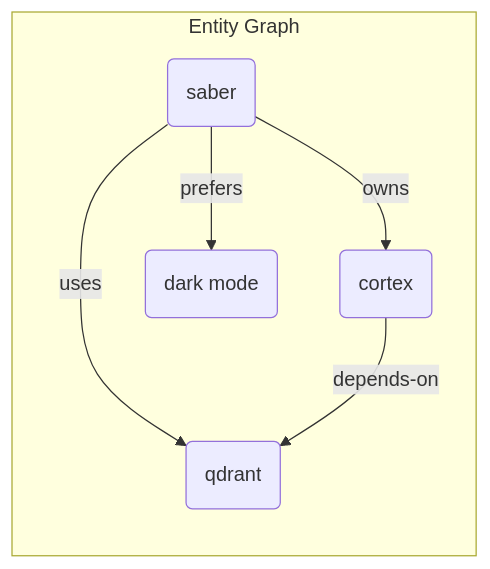
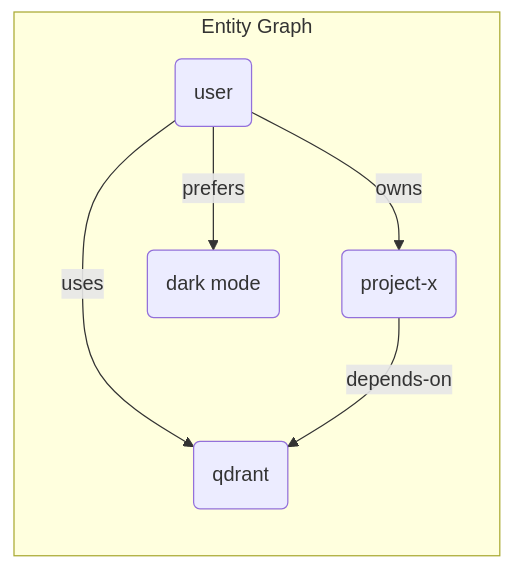
One commit to bikky-dev/bikky changed the third of 4 diagrams in README.md. Above: the diagram before and after it, drawn with Mermaid. The commit also changed other lines of this file and 7 other files, not shown here.

````diff
--- a/README.md
+++ b/README.md
@@ -254,9 +254,9 @@
 ```mermaid
 graph LR
     subgraph "Entity Graph"
-        S(saber) -->|owns| C(cortex)
-        S -->|uses| Q(qdrant)
-        C -->|depends-on| Q
-        S -->|prefers| D(dark mode)
+        U(user) -->|owns| P(project-x)
+        U -->|uses| Q(qdrant)
+        P -->|depends-on| Q
+        U -->|prefers| D(dark mode)
     end
 ```
````
